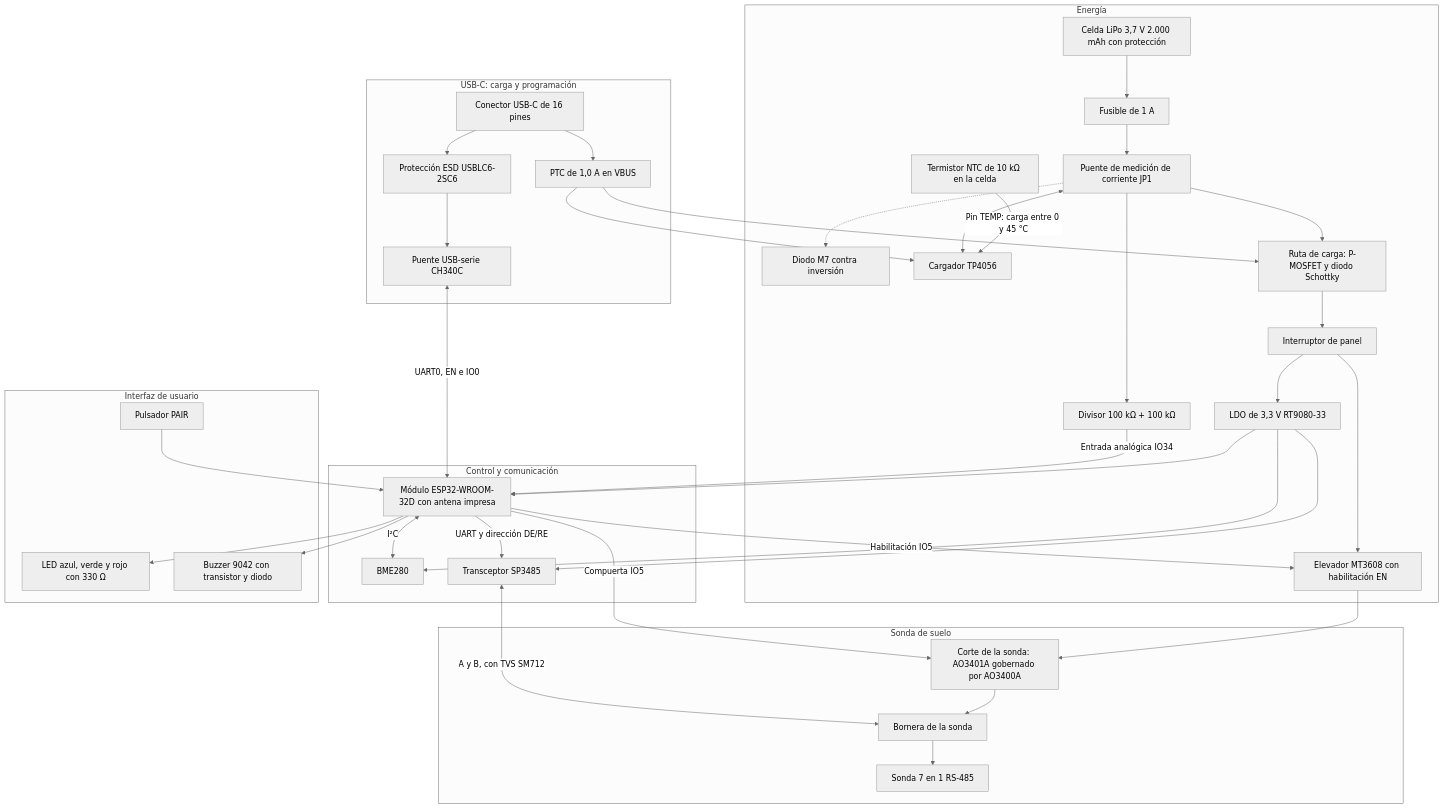
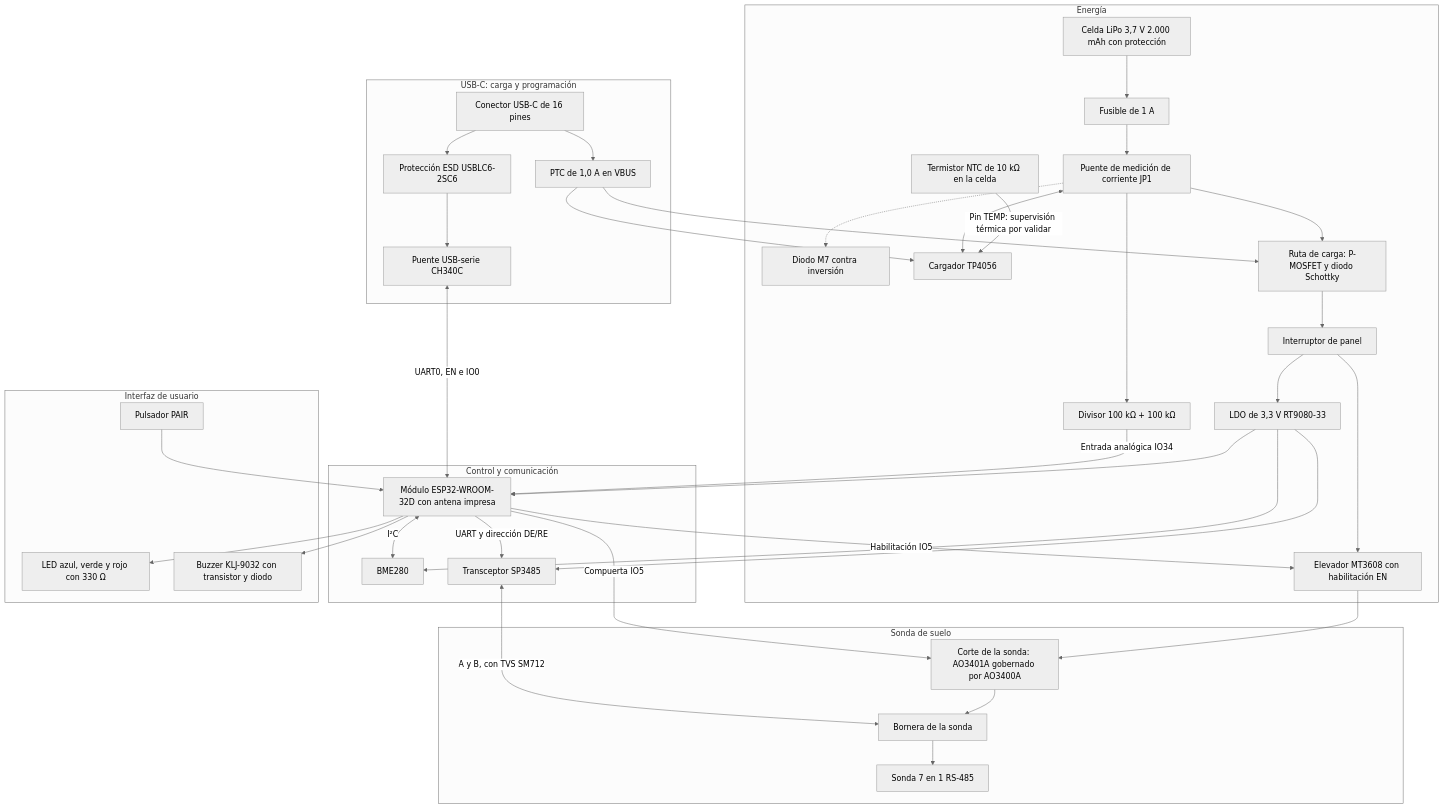
Before and after one commit to Alvarinhoooo7/TerraSence: the fourth of 9 diagrams in Evaluacion/Evaluacion 2/INFORME CORREGIDO.md, drawn with Mermaid (neutral theme). The commit also changed other lines of this file and 14 other files, not shown here.

First line of the commit message:
docs(evaluacion-2): informe alineado con los anexos y carta Gantt como anexo F

````diff
--- a/Evaluacion/Evaluacion 2/INFORME CORREGIDO.md
+++ b/Evaluacion/Evaluacion 2/INFORME CORREGIDO.md
@@ -748,44 +764,44 @@
 ```mermaid
 flowchart TB
     subgraph USBB["USB-C: carga y programación"]
         J1["Conector USB-C de 16 pines"] --> ESD["Protección ESD USBLC6-2SC6"]
         J1 --> PTC["PTC de 1,0 A en VBUS"]
         ESD --> CH["Puente USB-serie CH340C"]
     end
     subgraph ENE["Energía"]
         CEL["Celda LiPo 3,7 V 2.000 mAh con protección"] --> F1["Fusible de 1 A"]
         F1 --> JP1["Puente de medición de corriente JP1"]
         JP1 -.-> D1["Diodo M7 contra inversión"]
         PTC --> TP["Cargador TP4056"]
-        NTC["Termistor NTC de 10 kΩ en la celda"] -->|"Pin TEMP: carga entre 0 y 45 °C"| TP
+        NTC["Termistor NTC de 10 kΩ en la celda"] -->|"Pin TEMP: supervisión térmica por validar"| TP
         JP1 <--> TP
         JP1 --> DIV["Divisor 100 kΩ + 100 kΩ"]
         JP1 --> RP["Ruta de carga: P-MOSFET y diodo Schottky"]
         PTC --> RP
         RP --> SW["Interruptor de panel"]
         SW --> LDO["LDO de 3,3 V RT9080-33"]
         SW --> ELE["Elevador MT3608 con habilitación EN"]
     end
     subgraph CTL["Control y comunicación"]
         LDO --> MCU["Módulo ESP32-WROOM-32D con antena impresa"]
         LDO --> BME["BME280"]
         LDO --> TRX["Transceptor SP3485"]
         CH <-->|"UART0, EN e IO0"| MCU
         MCU <-->|"I²C"| BME
         MCU -->|"UART y dirección DE/RE"| TRX
         DIV -->|"Entrada analógica IO34"| MCU
     end
     subgraph SON["Sonda de suelo"]
         MCU -->|"Habilitación IO5"| ELE
         ELE --> COR["Corte de la sonda: AO3401A gobernado por AO3400A"]
         MCU -->|"Compuerta IO5"| COR
         COR --> BOR["Bornera de la sonda"]
         TRX <-->|"A y B, con TVS SM712"| BOR
         BOR --> SOND["Sonda 7 en 1 RS-485"]
     end
     subgraph INT["Interfaz de usuario"]
         MCU --> LED["LED azul, verde y rojo con 330 Ω"]
-        MCU --> BZ["Buzzer 9042 con transistor y diodo"]
+        MCU --> BZ["Buzzer KLJ-9032 con transistor y diodo"]
         PAIR["Pulsador PAIR"] --> MCU
     end
 ```
````
